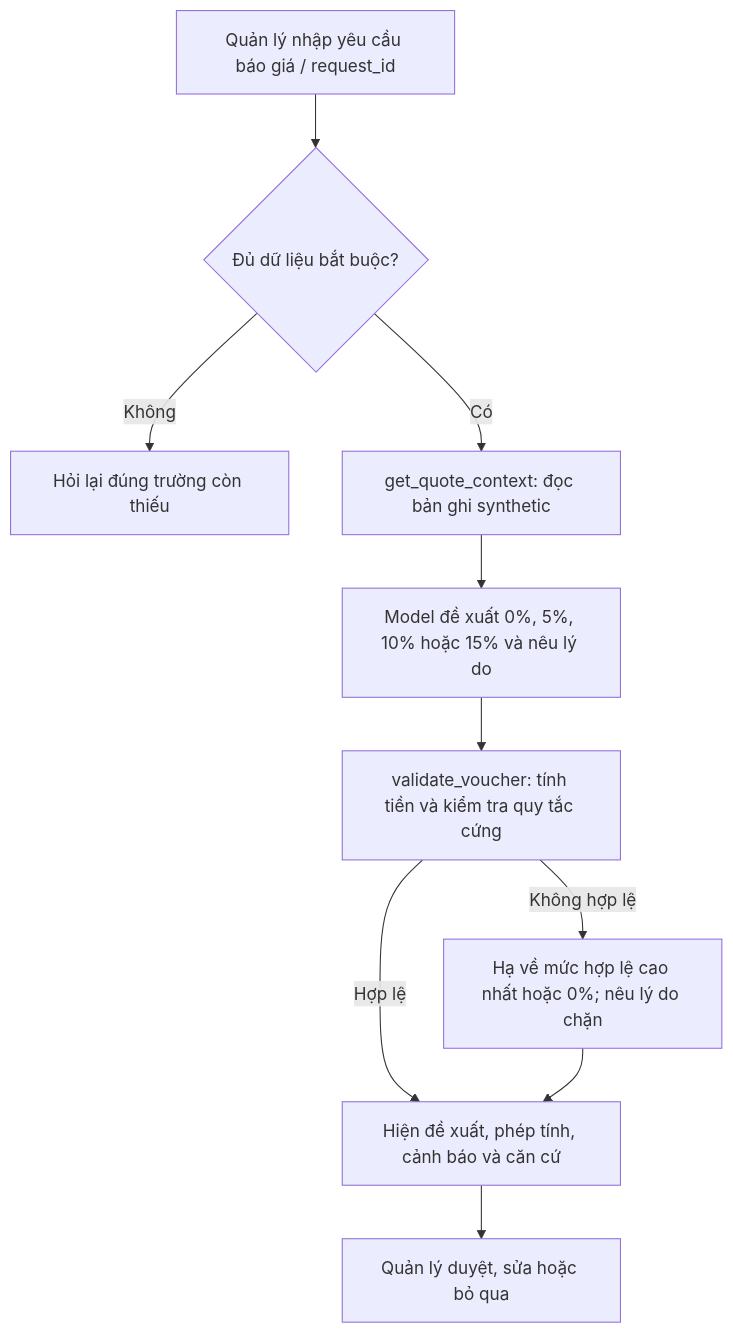
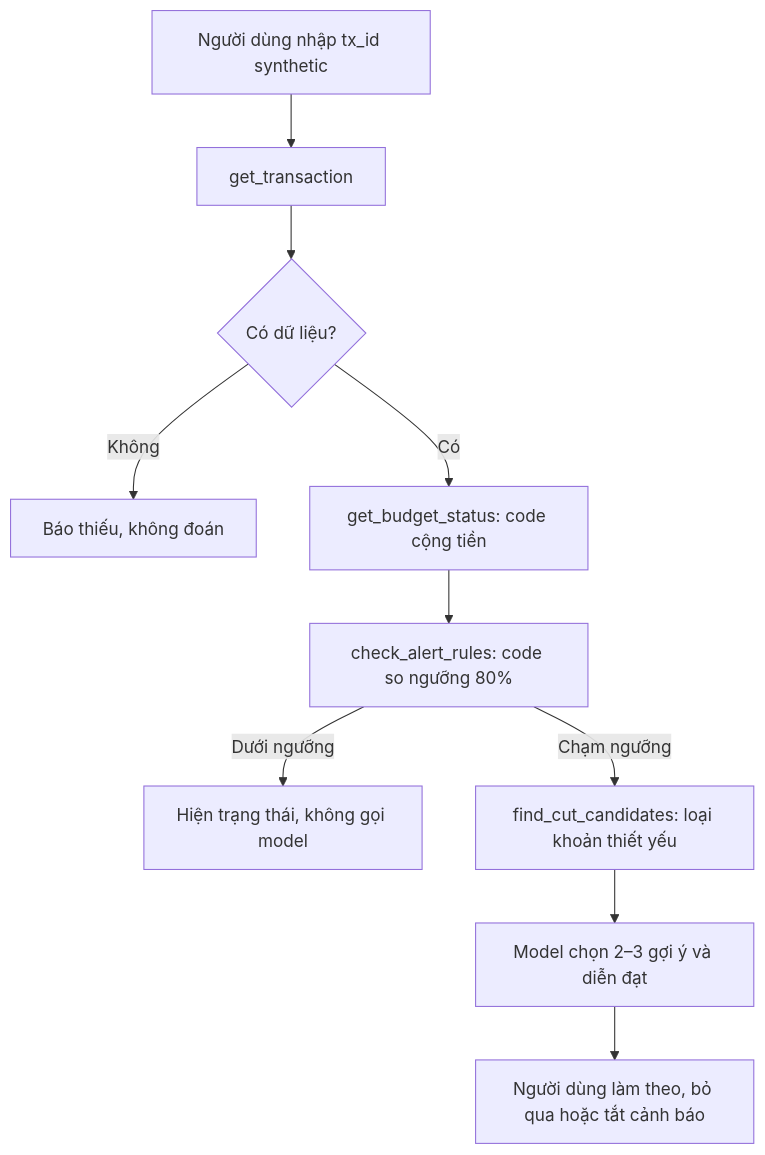
The diagram in spec.md (damlinh820/K5-Day15-L3A-doi3nguoi), drawn with Mermaid before and after one commit. The commit also changed other lines of this file and 21 other files, not shown here.

````diff
--- a/spec.md
+++ b/spec.md
@@ -41,12 +42,12 @@
 ```mermaid
 flowchart TD
-    A[Quản lý nhập yêu cầu báo giá / request_id] --> B{Đủ dữ liệu bắt buộc?}
-    B -- Không --> C[Hỏi lại đúng trường còn thiếu]
-    B -- Có --> D[get_quote_context: đọc bản ghi synthetic]
-    D --> E[Model đề xuất 0%, 5%, 10% hoặc 15% và nêu lý do]
-    E --> F[validate_voucher: tính tiền và kiểm tra quy tắc cứng]
-    F -- Không hợp lệ --> G[Hạ về mức hợp lệ cao nhất hoặc 0%; nêu lý do chặn]
-    F -- Hợp lệ --> H[Hiện đề xuất, phép tính, cảnh báo và căn cứ]
-    G --> H
-    H --> I[Quản lý duyệt, sửa hoặc bỏ qua]
+    A[Người dùng nhập tx_id synthetic] --> B[get_transaction]
+    B --> C{Có dữ liệu?}
+    C -- Không --> D[Báo thiếu, không đoán]
+    C -- Có --> E[get_budget_status: code cộng tiền]
+    E --> F[check_alert_rules: code so ngưỡng 80%]
+    F -- Dưới ngưỡng --> G[Hiện trạng thái, không gọi model]
+    F -- Chạm ngưỡng --> H[find_cut_candidates: loại khoản thiết yếu]
+    H --> I[Model chọn 2–3 gợi ý và diễn đạt]
+    I --> J[Người dùng làm theo, bỏ qua hoặc tắt cảnh báo]
 ```
````
